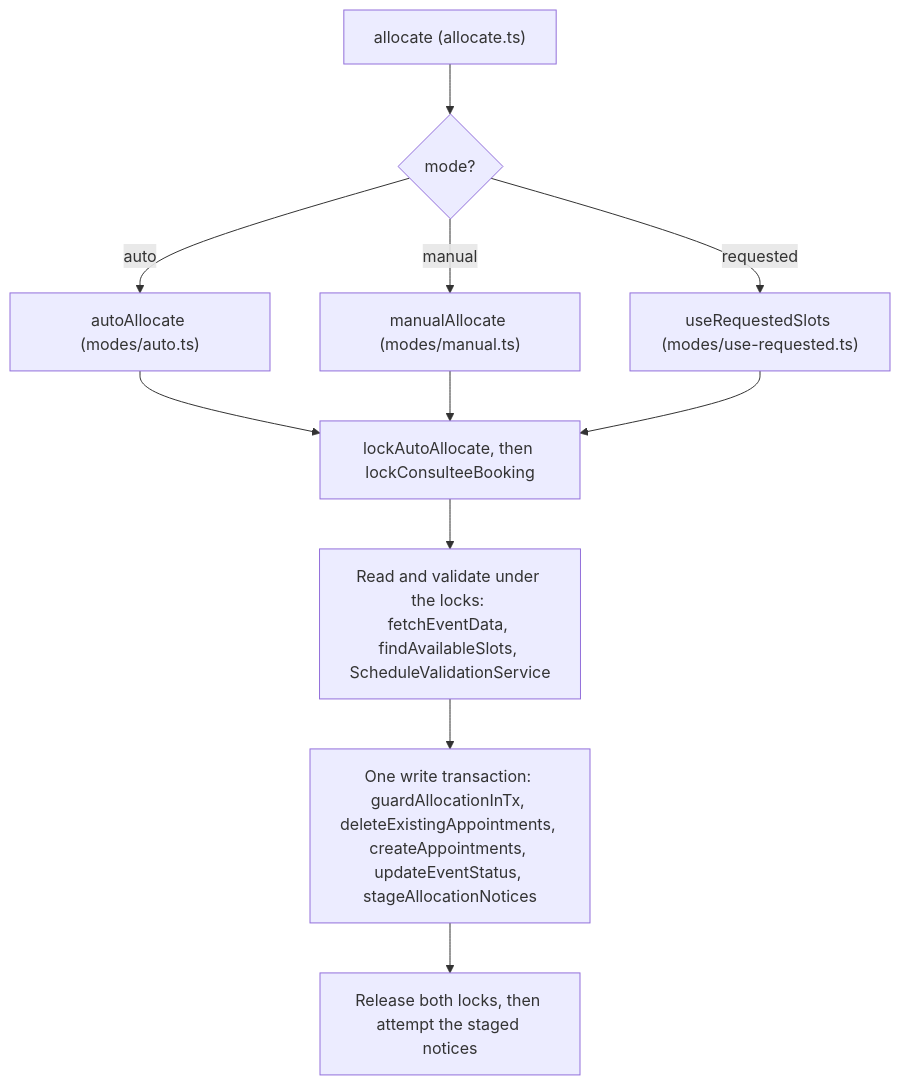
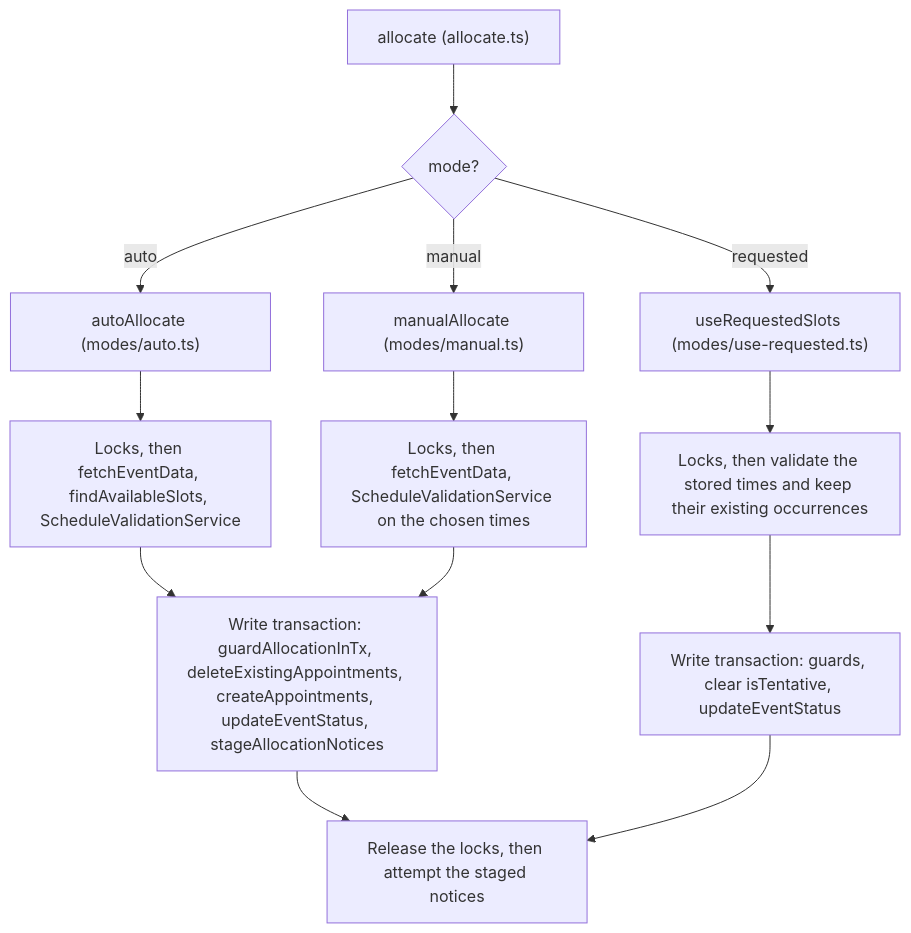
The second of 6 diagrams in docs/booking/01-architecture.md (Practitionist/familiarise_web), drawn with Mermaid before and after one commit. The commit also changed 5 other files, not shown here.

````diff
--- a/docs/booking/01-architecture.md
+++ b/docs/booking/01-architecture.md
@@ -88,14 +88,18 @@
 ```mermaid
 flowchart TD
     A["allocate (allocate.ts)"] --> B{mode?}
     B -->|auto| C["autoAllocate (modes/auto.ts)"]
     B -->|manual| D["manualAllocate (modes/manual.ts)"]
     B -->|requested| E["useRequestedSlots (modes/use-requested.ts)"]
 
-    C --> L["lockAutoAllocate, then lockConsulteeBooking"]
-    D --> L
-    E --> L
-    L --> R["Read and validate under the locks: fetchEventData, findAvailableSlots, ScheduleValidationService"]
-    R --> T["One write transaction: guardAllocationInTx, deleteExistingAppointments, createAppointments, updateEventStatus, stageAllocationNotices"]
-    T --> U["Release both locks, then attempt the staged notices"]
+    C --> C1["Locks, then fetchEventData, findAvailableSlots, ScheduleValidationService"]
+    D --> D1["Locks, then fetchEventData, ScheduleValidationService on the chosen times"]
+    E --> E1["Locks, then validate the stored times and keep their existing occurrences"]
+
+    C1 --> T["Write transaction: guardAllocationInTx, deleteExistingAppointments, createAppointments, updateEventStatus, stageAllocationNotices"]
+    D1 --> T
+    E1 --> T2["Write transaction: guards, clear isTentative, updateEventStatus"]
+
+    T --> U["Release the locks, then attempt the staged notices"]
+    T2 --> U
 ```
````
